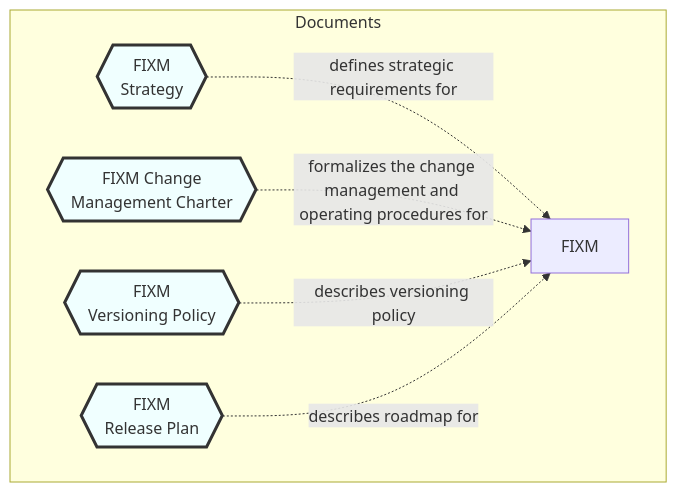
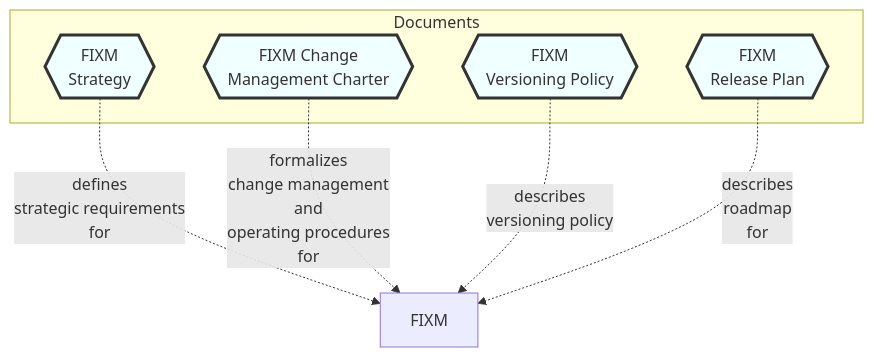
One commit to hlepori/test_docsify changed the diagram in docs/home.md. Above: the diagram before and after it, drawn with Mermaid.

````diff
--- a/docs/home.md
+++ b/docs/home.md
@@ -5,23 +5,24 @@
 ```mermaid
 graph TD
+
+FIXM
 
 subgraph Documents
 STRATEGY{{FIXM<br>Strategy}}
 CHARTER{{FIXM Change<br>Management Charter}}
 VERSIONING{{FIXM<br>Versioning Policy}}
 RELEASEPLAN{{FIXM<br>Release Plan}}
-FIXM
 end
 
-STRATEGY-. defines strategic requirements for .-> FIXM
-CHARTER-.  formalizes the change management and operating procedures for .-> FIXM
-VERSIONING-. describes versioning policy .-> FIXM
-RELEASEPLAN-. describes roadmap for .-> FIXM
+STRATEGY-. defines<br>strategic requirements<br>for .-> FIXM
+CHARTER-.  formalizes<br>change management<br>and<br>operating procedures<br>for .-> FIXM
+VERSIONING-. describes<br>versioning policy .-> FIXM
+RELEASEPLAN-. describes<br>roadmap<br>for .-> FIXM
 
 style STRATEGY fill:#F0FFFF,stroke:#333,stroke-width:3px
 style CHARTER fill:#F0FFFF,stroke:#333,stroke-width:3px
 style VERSIONING fill:#F0FFFF,stroke:#333,stroke-width:3px
 style RELEASEPLAN fill:#F0FFFF,stroke:#333,stroke-width:3px
 
 click STRATEGY "https://ost.eurocontrol.int/sites/FIXM/Lists/Bug%20reports/AllItems.aspx" "Go to the FIXM Strategy" _blank
 ```
````
